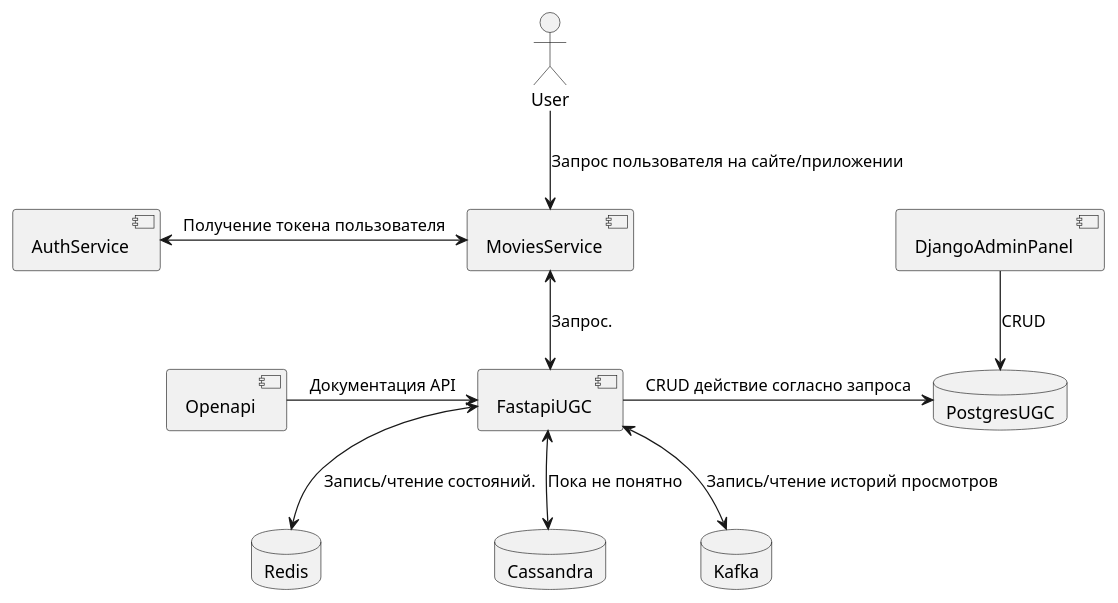
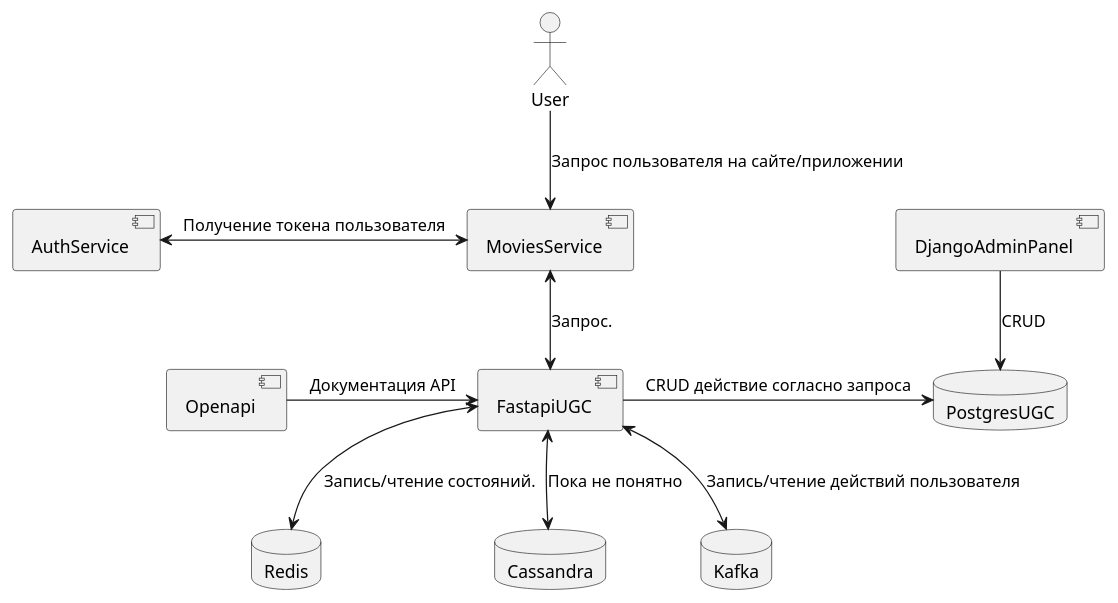
Before and after one commit to Khosep/UGC_service: the diagram in ugc-service/architecture.wsd, drawn with PlantUML.

Commit message:
remove postgres

```diff
--- a/ugc-service/architecture.wsd
+++ b/ugc-service/architecture.wsd
@@ -1,24 +1,24 @@
 @startuml
 skinparam componentStyle uml2
 component AuthService
 component MoviesService
 actor User as Client
 component FastapiUGC
 component Openapi
 component DjangoAdminPanel
 database PostgresUGC
 database Redis
 database Cassandra
 database Kafka
 
 Client -down-> MoviesService: Запрос пользователя на сайте/приложении
 MoviesService <-left-> AuthService: Получение токена пользователя
 MoviesService <-down-> FastapiUGC: Запрос.
 FastapiUGC -> PostgresUGC: CRUD действие согласно запроса
+FastapiUGC <-down-> Cassandra: Пока не понятно
+FastapiUGC <-down-> Kafka: Запись/чтение действий пользователя
 FastapiUGC <-down-> Redis: Запись/чтение состояний.
-FastapiUGC <-down-> Cassandra: Пока не понятно
-FastapiUGC <-down-> Kafka: Запись/чтение историй просмотров
 
 DjangoAdminPanel -down-> PostgresUGC: CRUD
 Openapi -right-> FastapiUGC: Документация API
 @enduml
```
